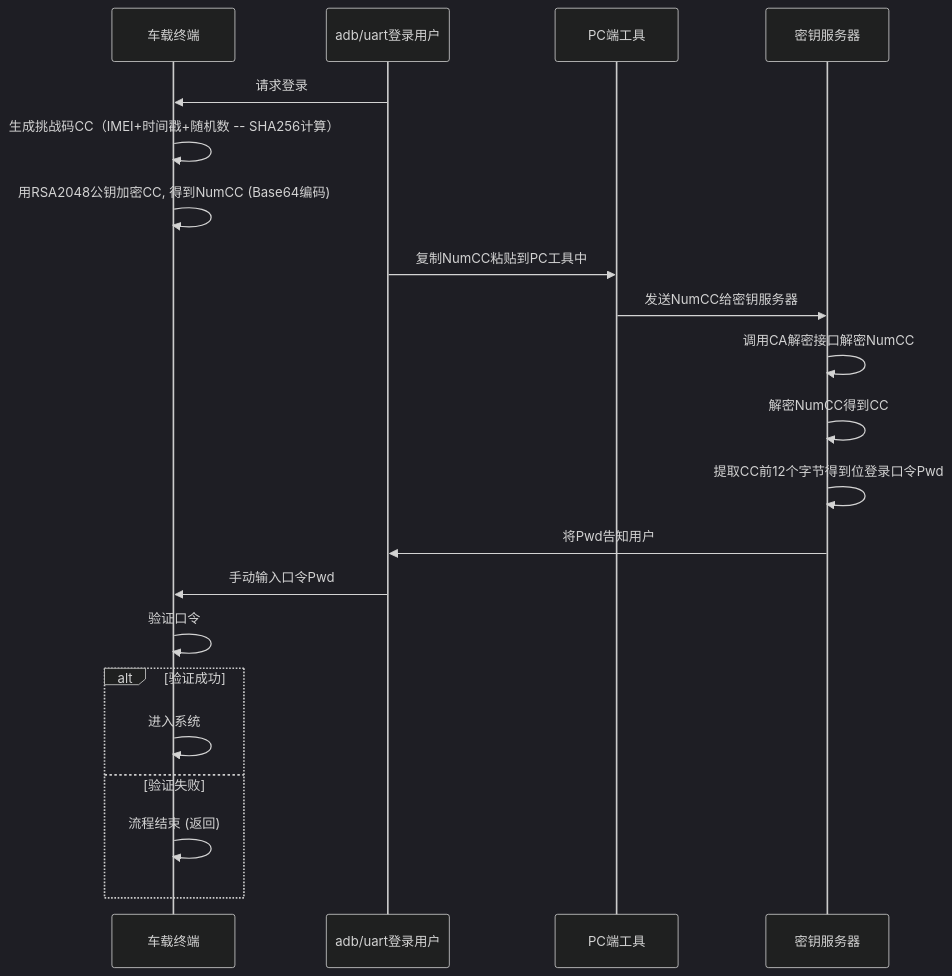
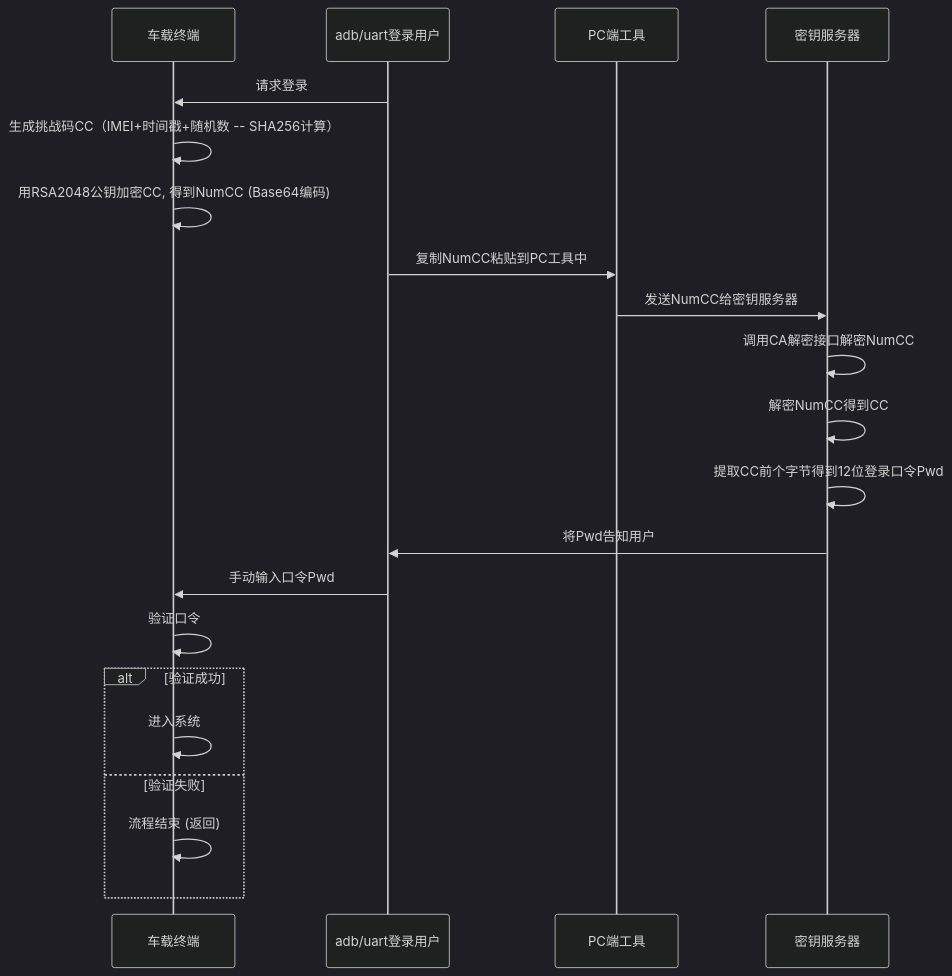
Before and after one commit to facebook-cloud/iodraw-files: the diagram in all/未命名-13.md, drawn with Mermaid (dark theme).

Commit message:
2026-01-27 12:13:23 update

````diff
--- a/all/未命名-13.md
+++ b/all/未命名-13.md
@@ -1,27 +1,27 @@
 ```mermaid
 sequenceDiagram
     participant tbox as 车载终端
     participant user as adb/uart登录用户
     participant pc as PC端工具
     participant tech_center as 密钥服务器
   
 
     user->>tbox: 请求登录
     tbox->>tbox: 生成挑战码CC（IMEI+时间戳+随机数 -- SHA256计算）
     tbox->>tbox: 用RSA2048公钥加密CC, 得到NumCC (Base64编码)
     user->>pc: 复制NumCC粘贴到PC工具中
     pc->>tech_center: 发送NumCC给密钥服务器
     tech_center->>tech_center: 调用CA解密接口解密NumCC
     tech_center->>tech_center: 解密NumCC得到CC
-    tech_center->>tech_center: 提取CC前12个字节得到位登录口令Pwd
+    tech_center->>tech_center: 提取CC前个字节得到12位登录口令Pwd
     tech_center->>user: 将Pwd告知用户
     user->>tbox: 手动输入口令Pwd
     tbox->>tbox: 验证口令
     alt 验证成功
         tbox->>tbox: 进入系统
     else 验证失败
         tbox->>tbox: 流程结束 (返回)
     end
 
 
 ```
````
